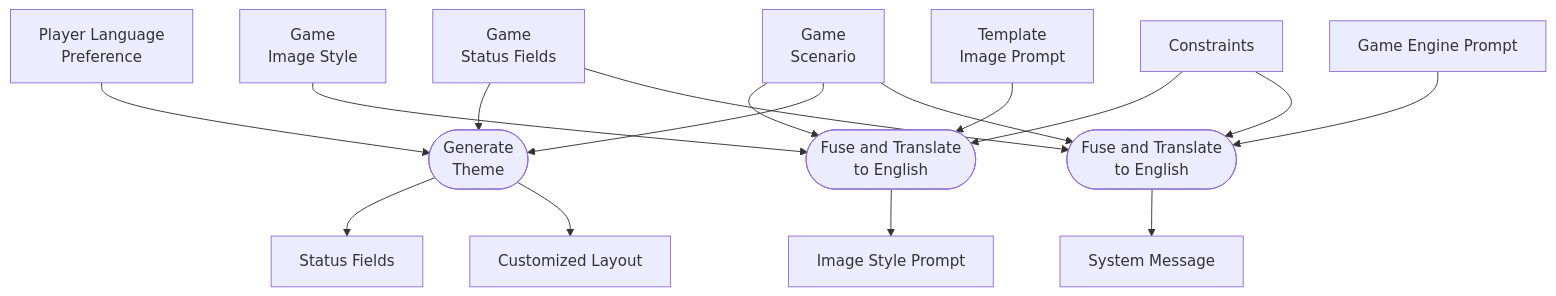
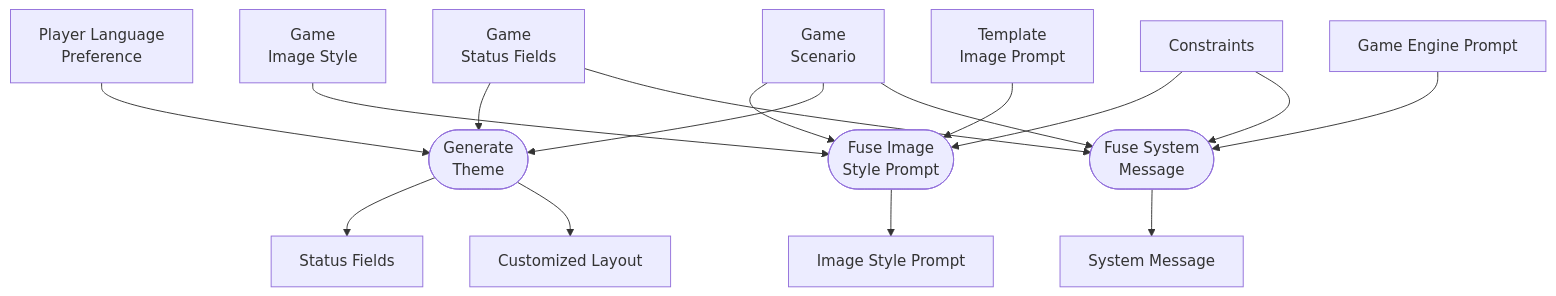
One commit to flocko-motion/chatgamelab changed the seventh of 8 diagrams in TECHNOLOGY.md. Above: the diagram before and after it, drawn with Mermaid. The commit also changed other lines of this file and 1 other file, not shown here.

````diff
--- a/TECHNOLOGY.md
+++ b/TECHNOLOGY.md
@@ -172,44 +186,44 @@
 ```mermaid
 graph TB
     PLANG["Player Language
     Preference"]
     GSCENARIO["Game
     Scenario"]
     GIMGSTYLE["Game
     Image Style"]
     GSTATUS["Game
     Status Fields"]
     TIMG["Template
     Image Prompt"]
     CONSTRAINTS["Constraints"]
     TSYSMSG["Game Engine Prompt"]
 
 
     THEME(["Generate
     Theme"])
 
-    TRANSLATE(["Fuse and Translate
-    to English"])
-    IMGSTYLE(["Fuse and Translate
-    to English"])
+    TRANSLATE(["Fuse System
+    Message"])
+    IMGSTYLE(["Fuse Image
+    Style Prompt"])
 
     GIMGSTYLE --> IMGSTYLE
     CONSTRAINTS --> IMGSTYLE
     GSCENARIO --> IMGSTYLE
     TIMG --> IMGSTYLE
     IMGSTYLE --> IMGSTYLEPROMPT["Image Style Prompt"]
 
     GSTATUS --> THEME
     GSCENARIO --> THEME
     PLANG --> THEME
     THEME --> STATUSBAR["Status Fields"]
     THEME --> LAYOUT["Customized Layout"]
 
 
     GSCENARIO --> TRANSLATE
     GSTATUS --> TRANSLATE
     CONSTRAINTS --> TRANSLATE
     TSYSMSG --> TRANSLATE
     TRANSLATE --> SYSMSG["System Message"]
 
 ```
````
